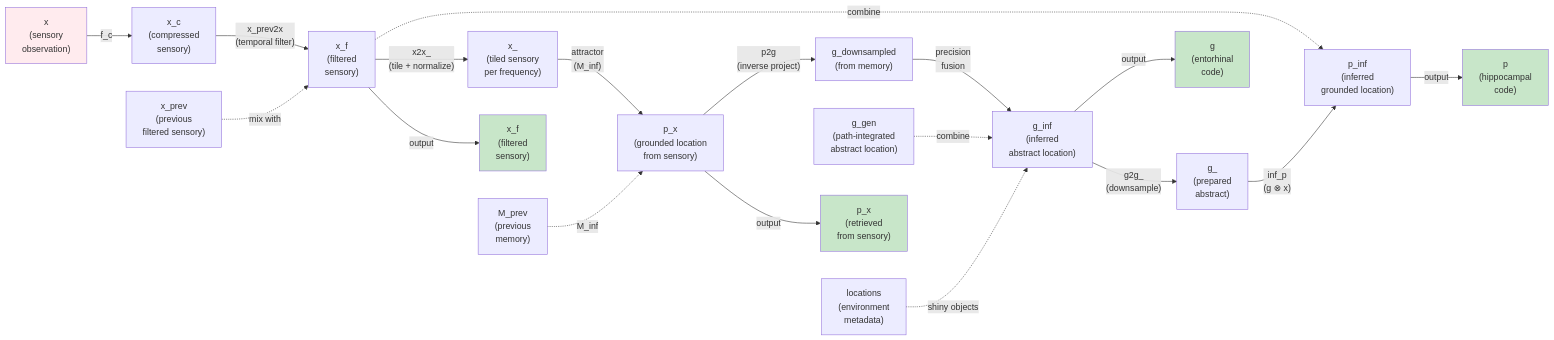
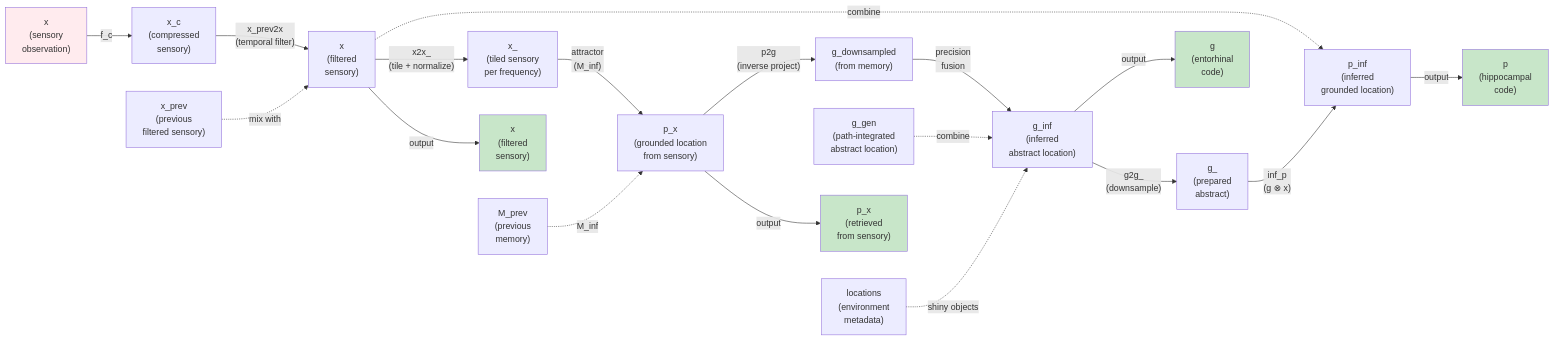
The diagram in docs/inference_pathway.mmd (BorjaEst/tem), drawn with Mermaid before and after one commit. The commit also changed 39 other files, not shown here.

```diff
--- a/docs/inference_pathway.mmd
+++ b/docs/inference_pathway.mmd
@@ -1,42 +1,42 @@
 %% TEM Inference Pathway
 graph LR
     %% Input
     X["x<br/>(sensory<br/>observation)"]
     Locations["locations<br/>(environment<br/>metadata)"]
     G_gen["g_gen<br/>(path-integrated<br/>abstract location)"]
     M_prev["M_prev<br/>(previous<br/>memory)"]
     X_prev["x_prev<br/>(previous<br/>filtered sensory)"]
     
     %% Processing Steps
     X -->|"f_c"| X_c["x_c<br/>(compressed<br/>sensory)"]
-    X_c -->|"x_prev2x<br/>(temporal filter)"| X_f["x_f<br/>(filtered<br/>sensory)"]
+    X_c -->|"x_prev2x<br/>(temporal filter)"| X_f["x<br/>(filtered<br/>sensory)"]
     X_prev -.->|"mix with"| X_f
     
     X_f -->|"x2x_<br/>(tile + normalize)"| X_["x_<br/>(tiled sensory<br/>per frequency)"]
     
     %% Memory Retrieval Sensory
     X_ -->|"attractor<br/>(M_inf)"| P_x["p_x<br/>(grounded location<br/>from sensory)"]
     M_prev -.->|"M_inf"| P_x
     
     %% Abstract Location Inference
     P_x -->|"p2g<br/>(inverse project)"| G_downsampled["g_downsampled<br/>(from memory)"]
     G_downsampled -->|"precision<br/>fusion"| G_inf["g_inf<br/>(inferred<br/>abstract location)"]
     G_gen -.->|"combine"| G_inf
     Locations -.->|"shiny objects"| G_inf
     
     %% Grounded Location Inference
     G_inf -->|"g2g_<br/>(downsample)"| G_["g_<br/>(prepared<br/>abstract)"]
     X_f -.->|"combine"| P_inf
     G_ -->|"inf_p<br/>(g ⊗ x)"| P_inf["p_inf<br/>(inferred<br/>grounded location)"]
     
     %% Output
     P_inf -->|"output"| OUT_P["p<br/>(hippocampal<br/>code)"]
     G_inf -->|"output"| OUT_G["g<br/>(entorhinal<br/>code)"]
-    X_f -->|"output"| OUT_X["x_f<br/>(filtered<br/>sensory)"]
+    X_f -->|"output"| OUT_X["x<br/>(filtered<br/>sensory)"]
     P_x -->|"output"| OUT_PX["p_x<br/>(retrieved<br/>from sensory)"]
     
     style X fill:#ffebee
     style OUT_P fill:#c8e6c9
     style OUT_G fill:#c8e6c9
     style OUT_X fill:#c8e6c9
     style OUT_PX fill:#c8e6c9
```
